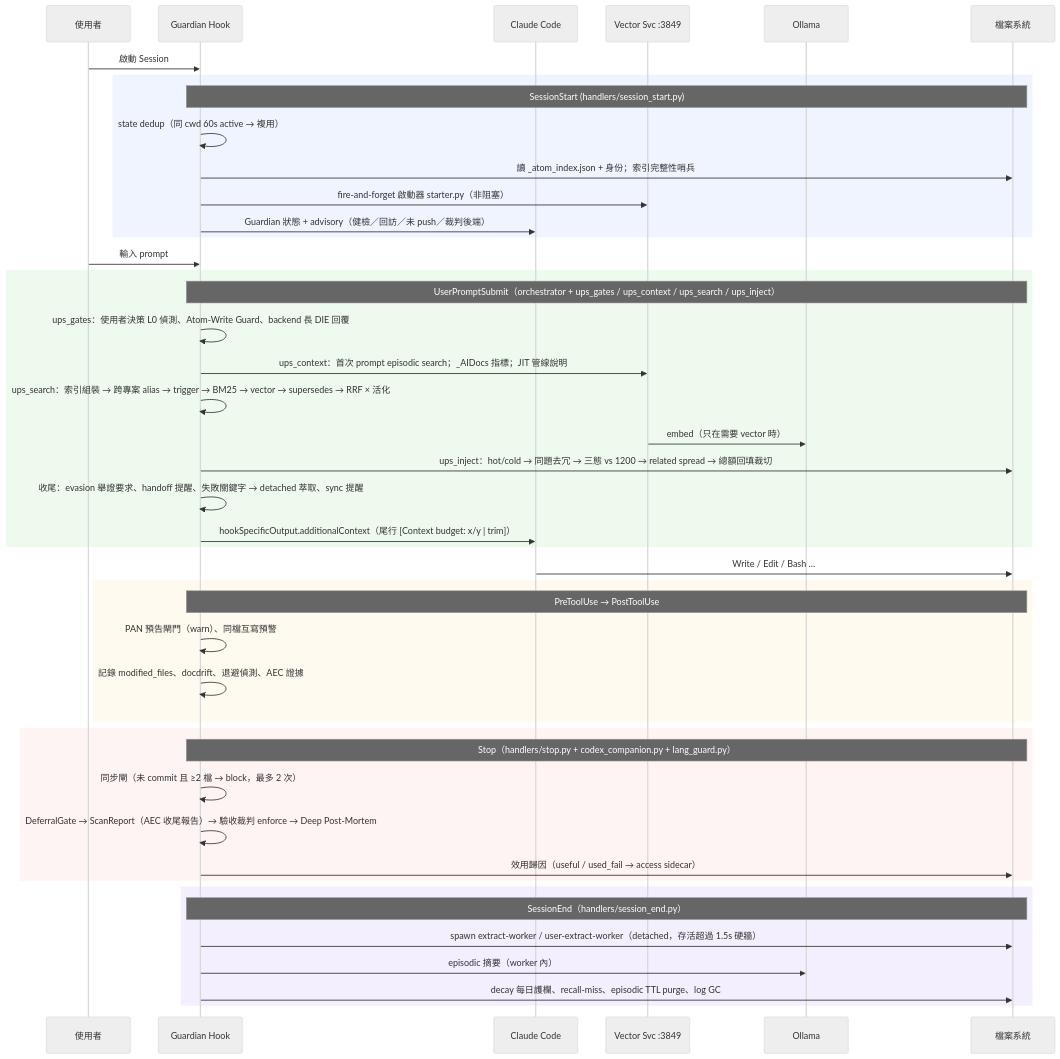
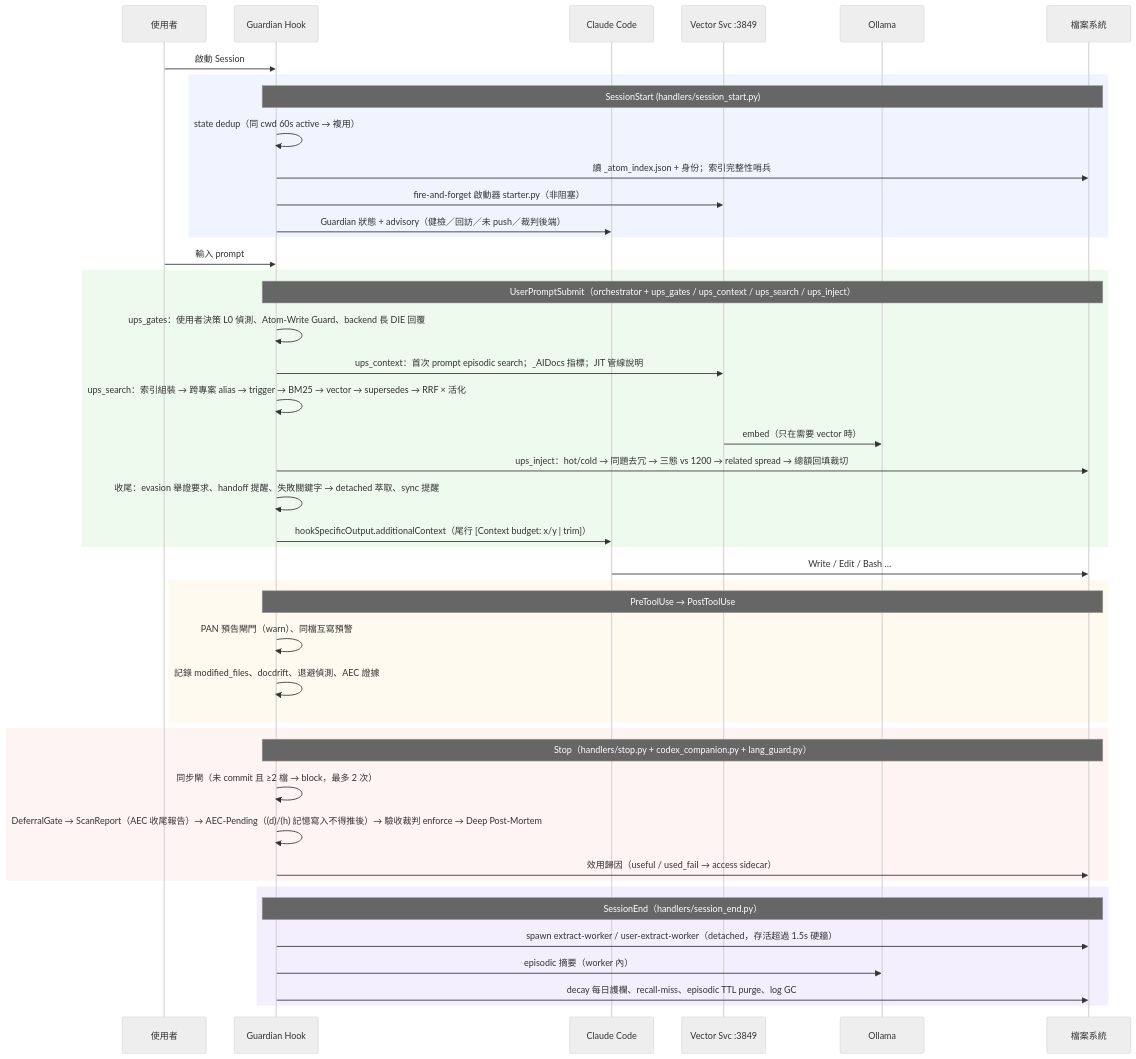
Before and after one commit to holylight1979/AtomicMemory-ClaudeCode: the diagram in TECH.md, drawn with Mermaid (neutral theme). The commit also changed other lines of this file and 27 other files, not shown here.

First line of the commit message:
feat(guard): AEC-Pending 閘 — 收尾檢核 (d) 不准「尚未寫」，記憶寫入不得推給下一回合

````diff
--- a/TECH.md
+++ b/TECH.md
@@ -99,51 +99,51 @@
 ```mermaid
 sequenceDiagram
     participant U as 使用者
     participant G as Guardian Hook
     participant C as Claude Code
     participant V as Vector Svc :3849
     participant O as Ollama
     participant F as 檔案系統
 
     U->>G: 啟動 Session
     rect rgba(100,150,255,0.1)
         note over G,F: SessionStart (handlers/session_start.py)
         G->>G: state dedup（同 cwd 60s active → 複用）
         G->>F: 讀 _atom_index.json + 身份；索引完整性哨兵
         G->>V: fire-and-forget 啟動器 starter.py（非阻塞）
         G->>C: Guardian 狀態 + advisory（健檢／回訪／未 push／裁判後端）
     end
 
     U->>G: 輸入 prompt
     rect rgba(100,200,100,0.1)
         note over G,F: UserPromptSubmit（orchestrator + ups_gates / ups_context / ups_search / ups_inject）
         G->>G: ups_gates：使用者決策 L0 偵測、Atom-Write Guard、backend 長 DIE 回覆
         G->>V: ups_context：首次 prompt episodic search；_AIDocs 指標；JIT 管線說明
         G->>G: ups_search：索引組裝 → 跨專案 alias → trigger → BM25 → vector → supersedes → RRF × 活化
         V->>O: embed（只在需要 vector 時）
         G->>F: ups_inject：hot/cold → 同題去冗 → 三態 vs 1200 → related spread → 總額回填裁切
         G->>G: 收尾：evasion 舉證要求、handoff 提醒、失敗關鍵字 → detached 萃取、sync 提醒
         G->>C: hookSpecificOutput.additionalContext（尾行 [Context budget: x/y | trim]）
     end
 
     C->>F: Write / Edit / Bash …
     rect rgba(255,200,100,0.1)
         note over G,F: PreToolUse → PostToolUse
         G->>G: PAN 預告閘門（warn）、同檔互寫預警
         G->>G: 記錄 modified_files、docdrift、退避偵測、AEC 證據
     end
 
     rect rgba(255,150,150,0.1)
         note over G,F: Stop（handlers/stop.py + codex_companion.py + lang_guard.py）
         G->>G: 同步閘（未 commit 且 ≥2 檔 → block，最多 2 次）
-        G->>G: DeferralGate → ScanReport（AEC 收尾報告）→ 驗收裁判 enforce → Deep Post-Mortem
+        G->>G: DeferralGate → ScanReport（AEC 收尾報告）→ AEC-Pending（(d)/(h) 記憶寫入不得推後）→ 驗收裁判 enforce → Deep Post-Mortem
         G->>F: 效用歸因（useful / used_fail → access sidecar）
     end
 
     rect rgba(150,100,255,0.1)
         note over G,F: SessionEnd（handlers/session_end.py）
         G->>F: spawn extract-worker / user-extract-worker（detached，存活超過 1.5s 硬牆）
         G->>O: episodic 摘要（worker 內）
         G->>F: decay 每日護欄、recall-miss、episodic TTL purge、log GC
     end
 ```
````
